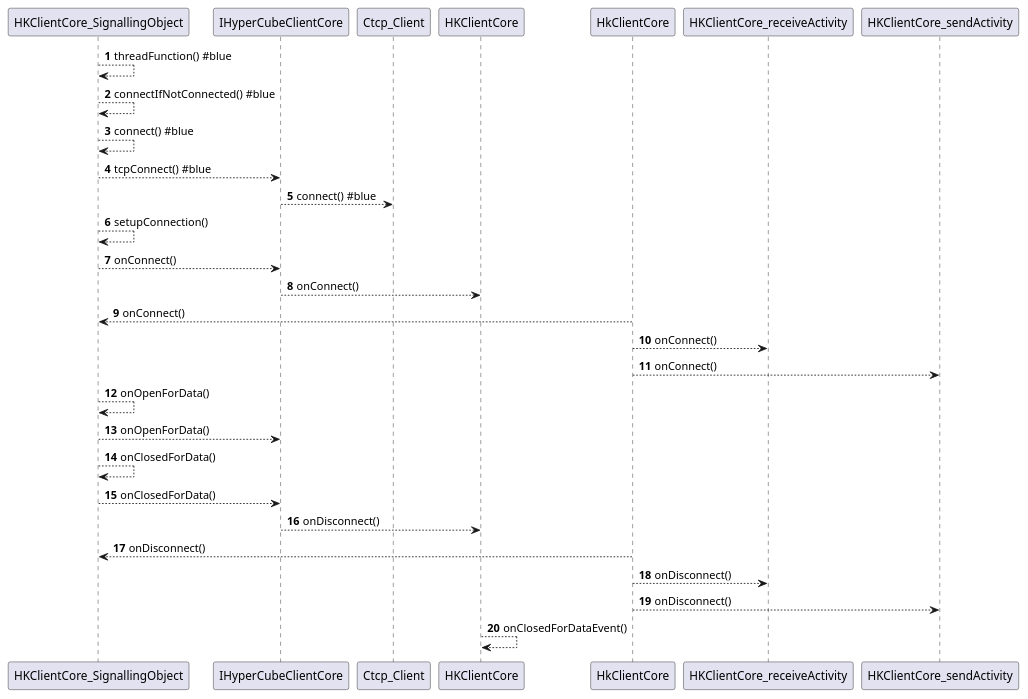
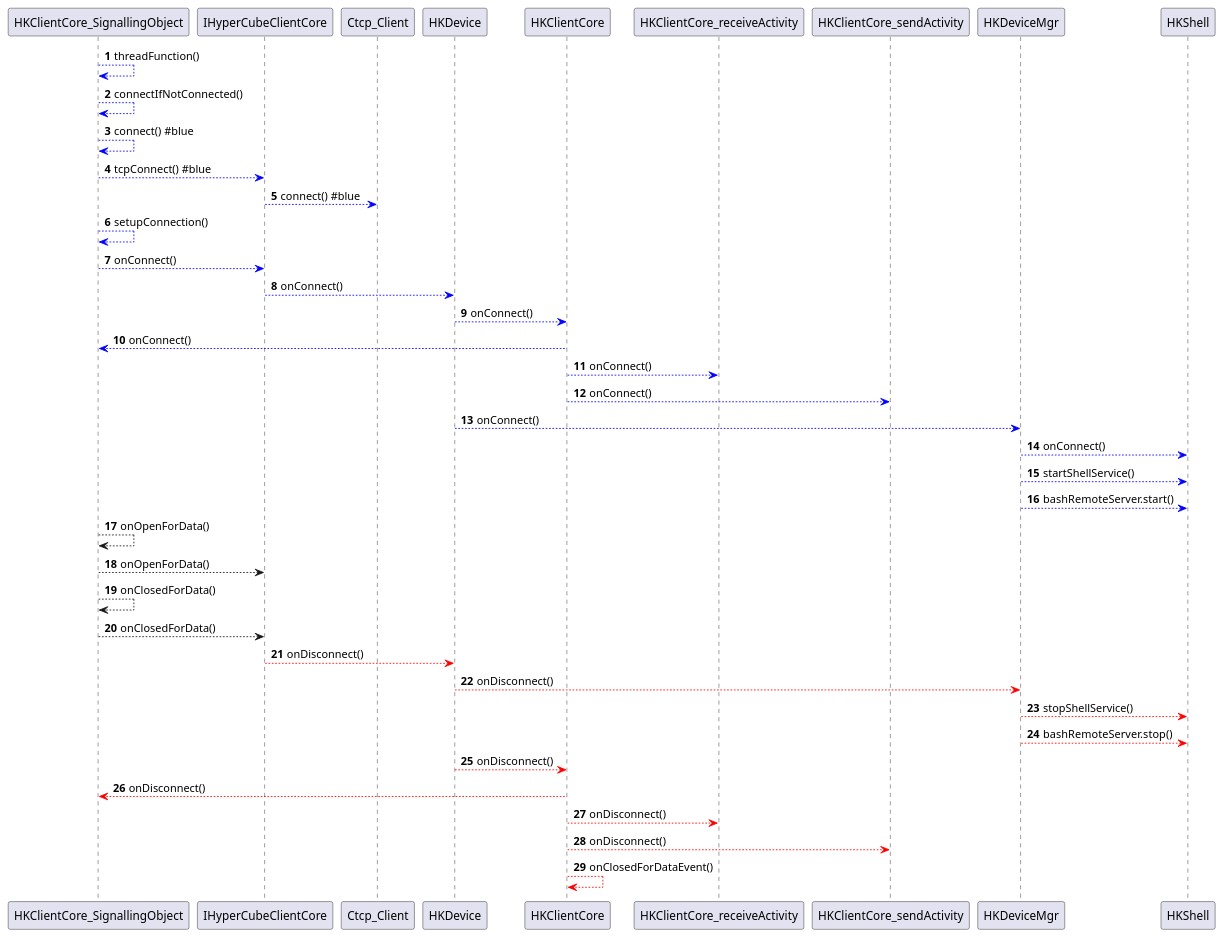
The diagram in doc/ConnectionSetup.puml (rurr1213/hkClient), drawn with PlantUML before and after one commit. The commit also changed 5 other files, not shown here.

```diff
--- a/doc/ConnectionSetup.puml
+++ b/doc/ConnectionSetup.puml
@@ -1,27 +1,37 @@
 @startuml CallSequences
 autonumber
 
-HKClientCore_SignallingObject --> HKClientCore_SignallingObject : threadFunction() #blue
-HKClientCore_SignallingObject --> HKClientCore_SignallingObject : connectIfNotConnected() #blue
-HKClientCore_SignallingObject --> HKClientCore_SignallingObject : connect() #blue
-HKClientCore_SignallingObject --> IHyperCubeClientCore : tcpConnect() #blue
-IHyperCubeClientCore --> Ctcp_Client : connect() #blue
-HKClientCore_SignallingObject --> HKClientCore_SignallingObject : setupConnection()
-HKClientCore_SignallingObject --> IHyperCubeClientCore : onConnect()
-IHyperCubeClientCore --> HKClientCore : onConnect()
-HkClientCore --> HKClientCore_SignallingObject : onConnect()
-HkClientCore --> HKClientCore_receiveActivity : onConnect()
-HkClientCore --> HKClientCore_sendActivity : onConnect()
+HKClientCore_SignallingObject [#blue]--> HKClientCore_SignallingObject : threadFunction()
+HKClientCore_SignallingObject [#blue]--> HKClientCore_SignallingObject : connectIfNotConnected()
+HKClientCore_SignallingObject [#blue]--> HKClientCore_SignallingObject : connect() #blue
+HKClientCore_SignallingObject [#blue]--> IHyperCubeClientCore : tcpConnect() #blue
+IHyperCubeClientCore [#blue]--> Ctcp_Client : connect() #blue
+HKClientCore_SignallingObject [#blue]--> HKClientCore_SignallingObject : setupConnection()
+HKClientCore_SignallingObject [#blue]--> IHyperCubeClientCore : onConnect()
+IHyperCubeClientCore [#blue]--> HKDevice : onConnect()
+HKDevice [#blue]--> HKClientCore : onConnect()
+HKClientCore [#blue]--> HKClientCore_SignallingObject : onConnect()
+HKClientCore [#blue]--> HKClientCore_receiveActivity : onConnect()
+HKClientCore [#blue]--> HKClientCore_sendActivity : onConnect()
+HKDevice [#blue]--> HKDeviceMgr : onConnect()
+HKDeviceMgr [#blue]--> HKShell : onConnect()
+HKDeviceMgr [#blue]--> HKShell : startShellService()
+HKDeviceMgr [#blue]--> HKShell : bashRemoteServer.start()
 
 HKClientCore_SignallingObject --> HKClientCore_SignallingObject : onOpenForData()
 HKClientCore_SignallingObject --> IHyperCubeClientCore : onOpenForData()
 HKClientCore_SignallingObject --> HKClientCore_SignallingObject : onClosedForData()
 HKClientCore_SignallingObject --> IHyperCubeClientCore : onClosedForData()
 
-IHyperCubeClientCore --> HKClientCore : onDisconnect()
-HkClientCore --> HKClientCore_SignallingObject : onDisconnect()
-HkClientCore --> HKClientCore_receiveActivity : onDisconnect()
-HkClientCore --> HKClientCore_sendActivity : onDisconnect()
-HKClientCore --> HKClientCore : onClosedForDataEvent()
+IHyperCubeClientCore [#red]--> HKDevice : onDisconnect()
+HKDevice [#red]--> HKDeviceMgr : onDisconnect()
+HKDeviceMgr [#red]--> HKShell : stopShellService()
+HKDeviceMgr [#red]--> HKShell : bashRemoteServer.stop()
+
+HKDevice [#red]--> HKClientCore : onDisconnect()
+HKClientCore [#red]--> HKClientCore_SignallingObject : onDisconnect()
+HKClientCore [#red]--> HKClientCore_receiveActivity : onDisconnect()
+HKClientCore [#red]--> HKClientCore_sendActivity : onDisconnect()
+HKClientCore [#red]--> HKClientCore : onClosedForDataEvent()
 
 @enduml
```
